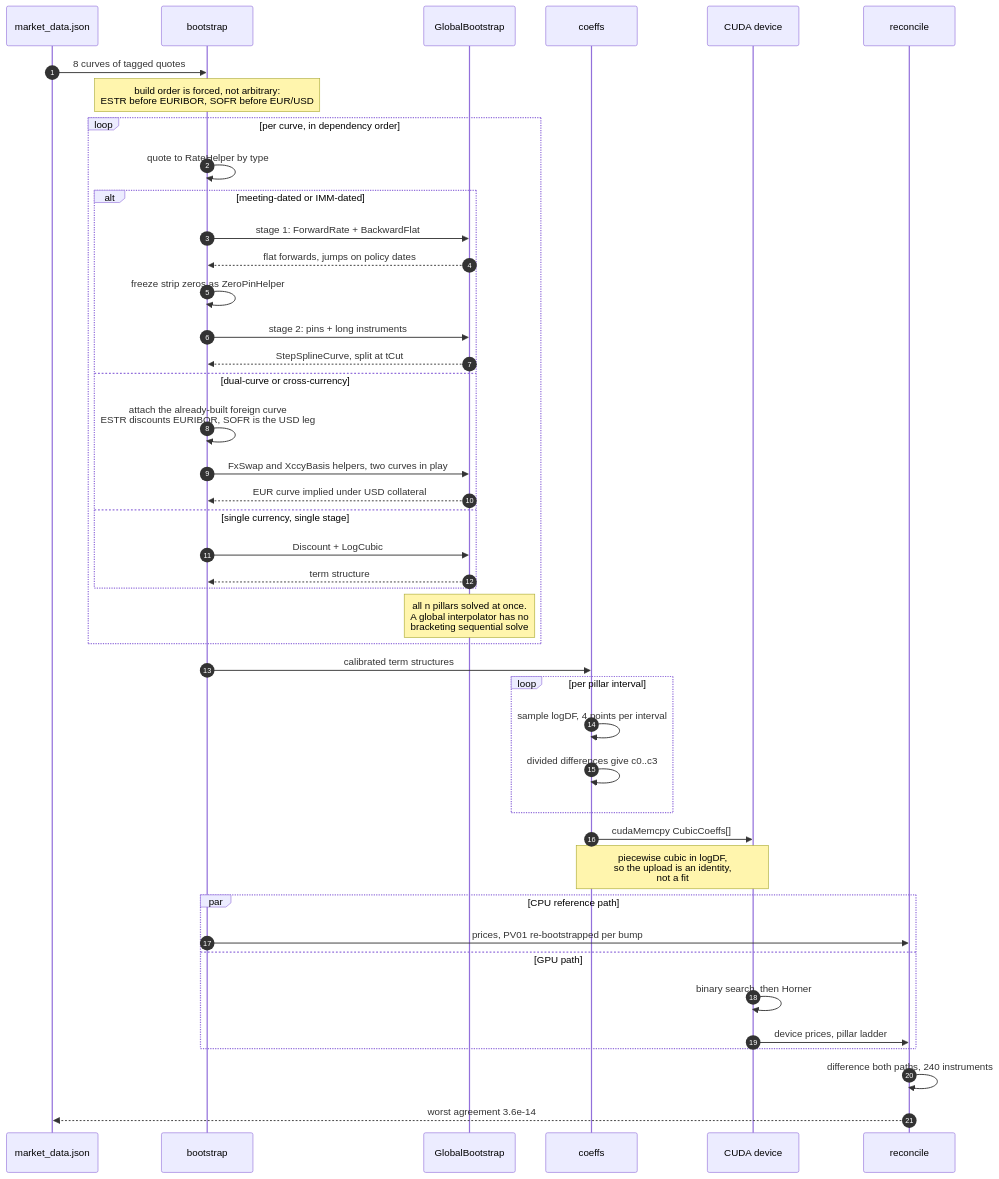
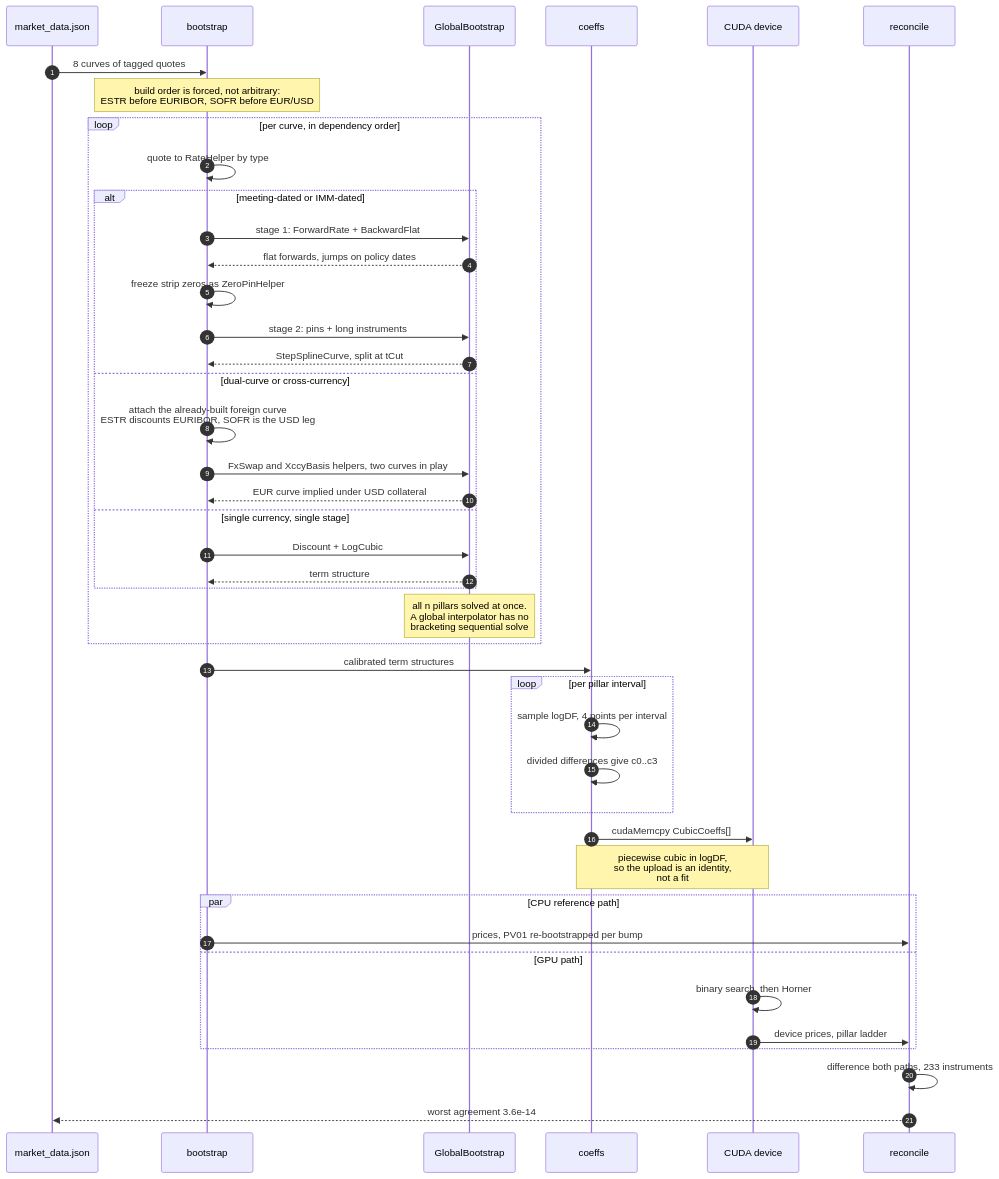
Before and after one commit to jrwglover/portfolio: the diagram in src/components/dashboards/curve_model/diagrams/valuation-run.mmd, drawn with Mermaid. The commit also changed 9 other files, not shown here.

```diff
--- a/src/components/dashboards/curve_model/diagrams/valuation-run.mmd
+++ b/src/components/dashboards/curve_model/diagrams/valuation-run.mmd
@@ -1,52 +1,52 @@
 %% One valuation run, in order, with the real operations named.
 %% Note: avoid "->", angle brackets and semicolons in message text. The
 %% lexer reads them as arrow tokens and fails to parse.
 sequenceDiagram
   autonumber
   participant MD as market_data.json
   participant B as bootstrap
   participant QL as GlobalBootstrap
   participant SC as coeffs
   participant GPU as CUDA device
   participant V as reconcile
 
   MD->>B: 8 curves of tagged quotes
 
   Note over B: build order is forced, not arbitrary:<br/>ESTR before EURIBOR, SOFR before EUR/USD
 
   loop per curve, in dependency order
     B->>B: quote to RateHelper by type
     alt meeting-dated or IMM-dated
       B->>QL: stage 1: ForwardRate + BackwardFlat
       QL-->>B: flat forwards, jumps on policy dates
       B->>B: freeze strip zeros as ZeroPinHelper
       B->>QL: stage 2: pins + long instruments
       QL-->>B: StepSplineCurve, split at tCut
     else dual-curve or cross-currency
       B->>B: attach the already-built foreign curve<br/>ESTR discounts EURIBOR, SOFR is the USD leg
       B->>QL: FxSwap and XccyBasis helpers, two curves in play
       QL-->>B: EUR curve implied under USD collateral
     else single currency, single stage
       B->>QL: Discount + LogCubic
       QL-->>B: term structure
     end
     Note over QL: all n pillars solved at once.<br/>A global interpolator has no<br/>bracketing sequential solve
   end
 
   B->>SC: calibrated term structures
   loop per pillar interval
     SC->>SC: sample logDF, 4 points per interval
     SC->>SC: divided differences give c0..c3
   end
   SC->>GPU: cudaMemcpy CubicCoeffs[]
   Note over SC,GPU: piecewise cubic in logDF,<br/>so the upload is an identity,<br/>not a fit
 
   par CPU reference path
     B->>V: prices, PV01 re-bootstrapped per bump
   and GPU path
     GPU->>GPU: binary search, then Horner
     GPU->>V: device prices, pillar ladder
   end
 
-  V->>V: difference both paths, 240 instruments
+  V->>V: difference both paths, 233 instruments
   V-->>MD: worst agreement 3.6e-14
```
